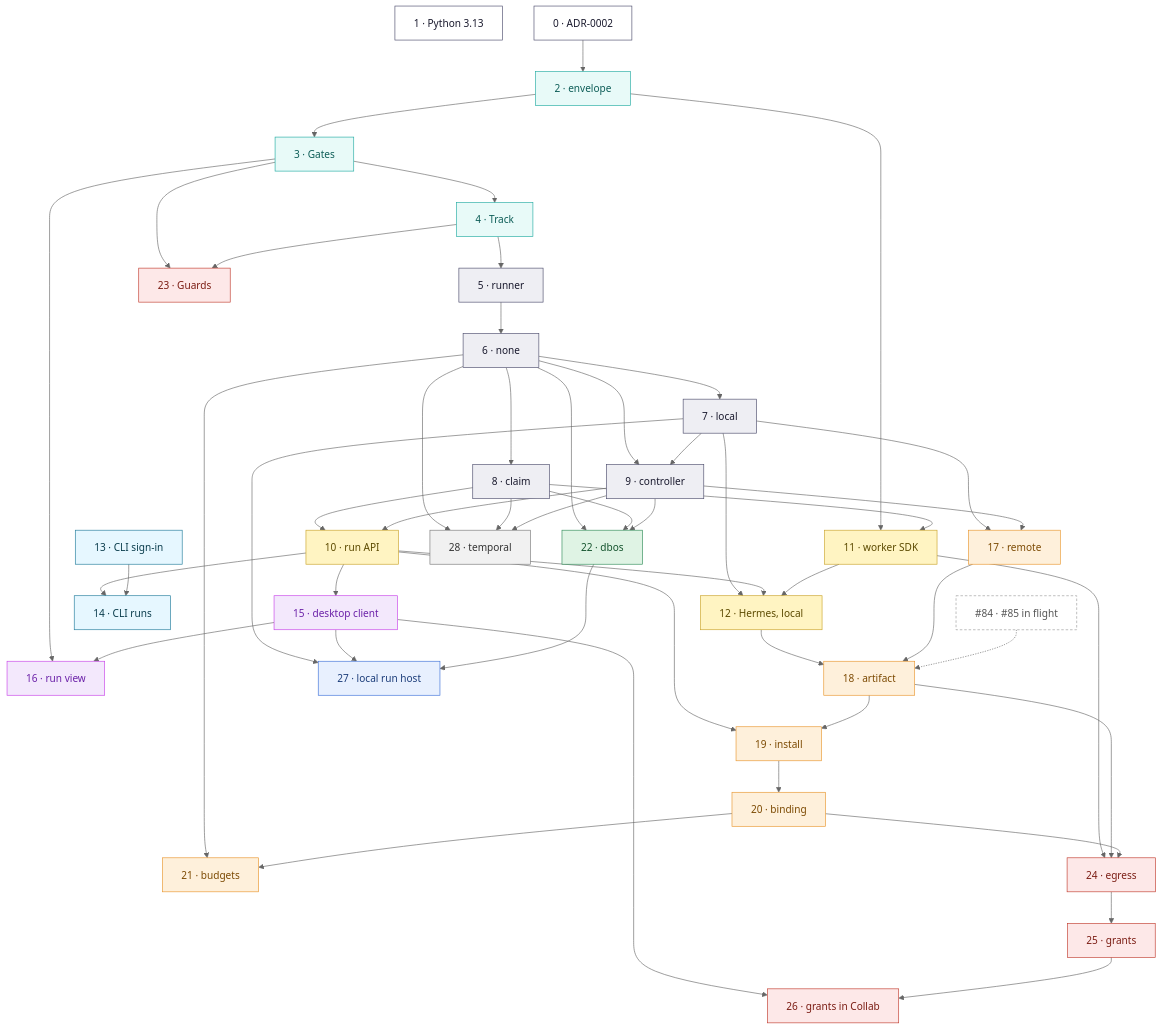
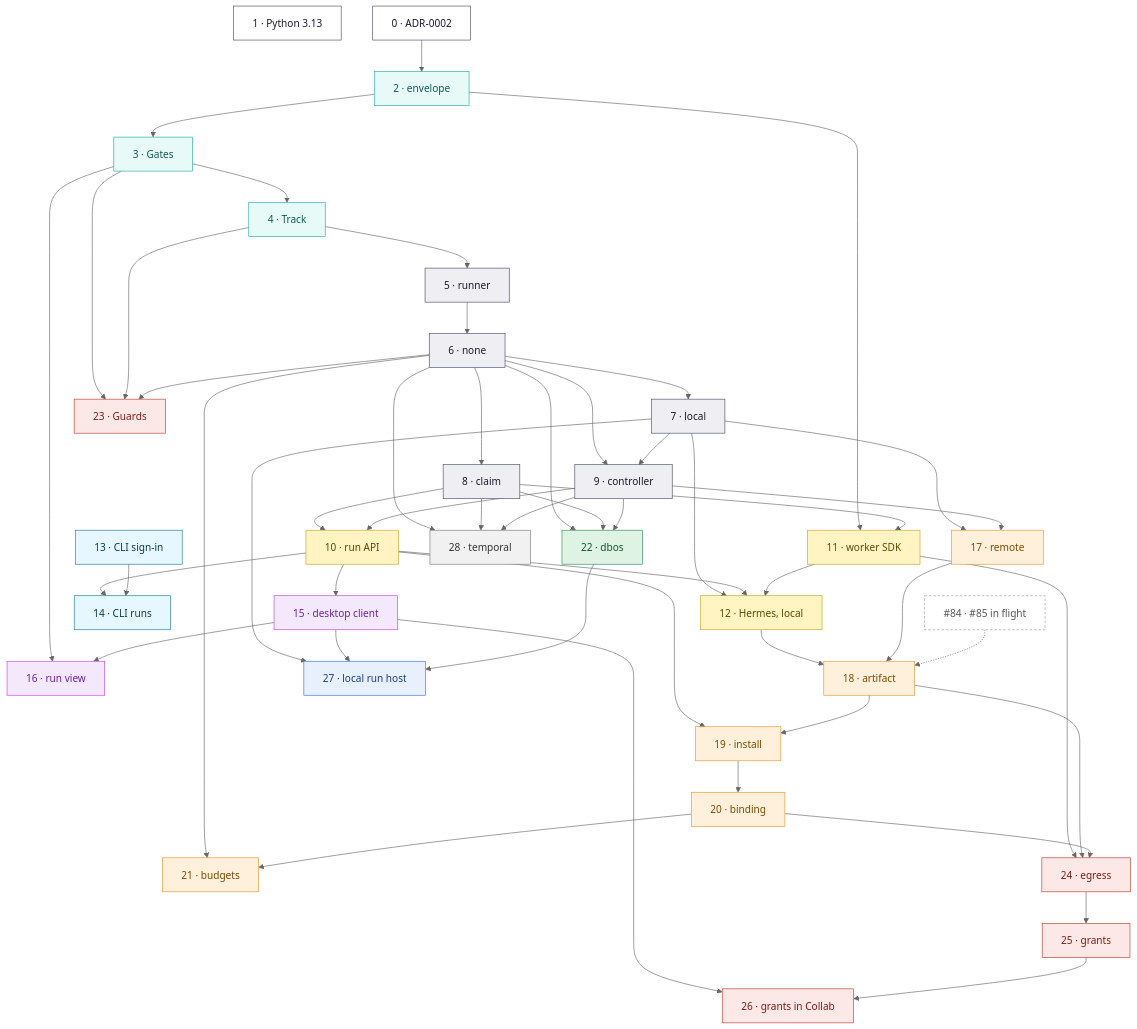
The second of 2 diagrams in COG_EXECUTION.md (nebari-dev/collab-hub-pack), drawn with Mermaid (neutral theme) before and after one commit. The commit also changed other lines of this file, not shown here.

````diff
--- a/COG_EXECUTION.md
+++ b/COG_EXECUTION.md
@@ -888,50 +891,50 @@
 ```mermaid
 flowchart TD
   ph1["1 · Python 3.13"]
   ph0["0 · ADR-0002"] --> ph2["2 · envelope"] --> ph3["3 · Gates"] --> ph4["4 · Track"] --> ph5["5 · runner"] --> ph6["6 · none"]
   ph6 --> ph7["7 · local"] & ph8["8 · claim"]
   ph6 & ph7 --> ph9["9 · controller"]
   ph8 & ph9 --> ph10["10 · run API"]
   ph13["13 · CLI sign-in"]
   ph2 & ph8 --> ph11["11 · worker SDK"]
   ph7 & ph10 & ph11 --> ph12["12 · Hermes, local"]
   ph10 & ph13 --> ph14["14 · CLI runs"]
   ph10 --> ph15["15 · desktop client"]
   ph3 & ph15 --> ph16["16 · run view"]
   ph7 & ph9 --> ph17["17 · remote"]
   ph12 & ph17 --> ph18["18 · artifact"]
   reg["#84 · #85 in flight"] -.-> ph18
   ph10 & ph18 --> ph19["19 · install"] --> ph20["20 · binding"]
   ph6 & ph20 --> ph21["21 · budgets"]
   ph6 & ph8 & ph9 --> ph22["22 · dbos"]
-  ph3 & ph4 --> ph23["23 · Guards"]
+  ph3 & ph4 & ph6 --> ph23["23 · Guards"]
   ph11 & ph18 & ph20 --> ph24["24 · egress"] --> ph25["25 · grants"]
   ph15 & ph25 --> ph26["26 · grants in Collab"]
   ph7 & ph15 & ph22 --> ph27["27 · local run host"]
   ph6 & ph8 & ph9 --> ph28["28 · temporal"]
 
   classDef m0 fill:#ffffff,stroke:#4a4a6a,color:#1a1a2e
   classDef m1 fill:#e8faf8,stroke:#20aaa1,color:#0d5d57
   classDef m2 fill:#eeeef3,stroke:#4a4a6a,color:#1a1a2e
   classDef m3 fill:#fff4c2,stroke:#c9a227,color:#5c4a00
   classDef m4 fill:#e6f7ff,stroke:#1f7a99,color:#0b3d4d
   classDef m5 fill:#f3e8fc,stroke:#c840e9,color:#6b21a8
   classDef m6 fill:#fef0db,stroke:#e8952c,color:#7c4a03
   classDef m7 fill:#dff3e4,stroke:#2e8b57,color:#14532d
   classDef m8 fill:#fde8e8,stroke:#c0392b,color:#7b1d14
   classDef m9 fill:#e8f0fe,stroke:#3b6fd8,color:#1c3d7a
   classDef m10 fill:#f1f1f1,stroke:#777,color:#333
   classDef ext fill:#ffffff,stroke:#999,color:#555,stroke-dasharray: 4 3
   class ph0,ph1 m0
   class ph2,ph3,ph4 m1
   class ph5,ph6,ph7,ph8,ph9 m2
   class ph10,ph11,ph12 m3
   class ph13,ph14 m4
   class ph15,ph16 m5
   class ph17,ph18,ph19,ph20,ph21 m6
   class ph22 m7
   class ph23,ph24,ph25,ph26 m8
   class ph27 m9
   class ph28 m10
   class reg ext
 ```
````
